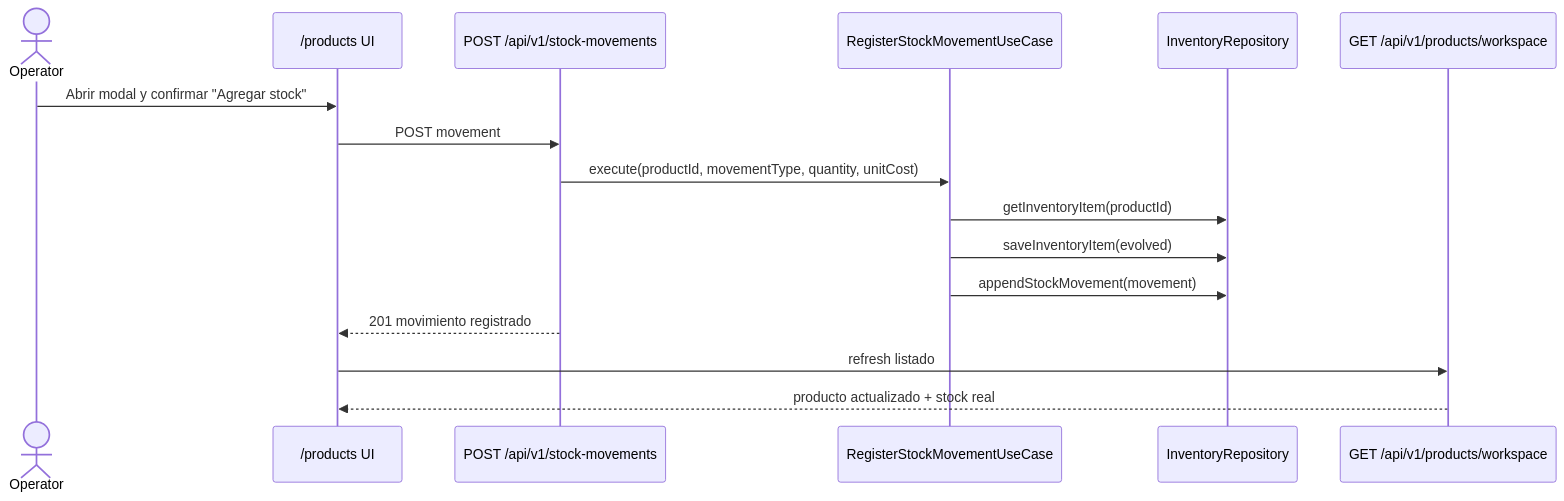
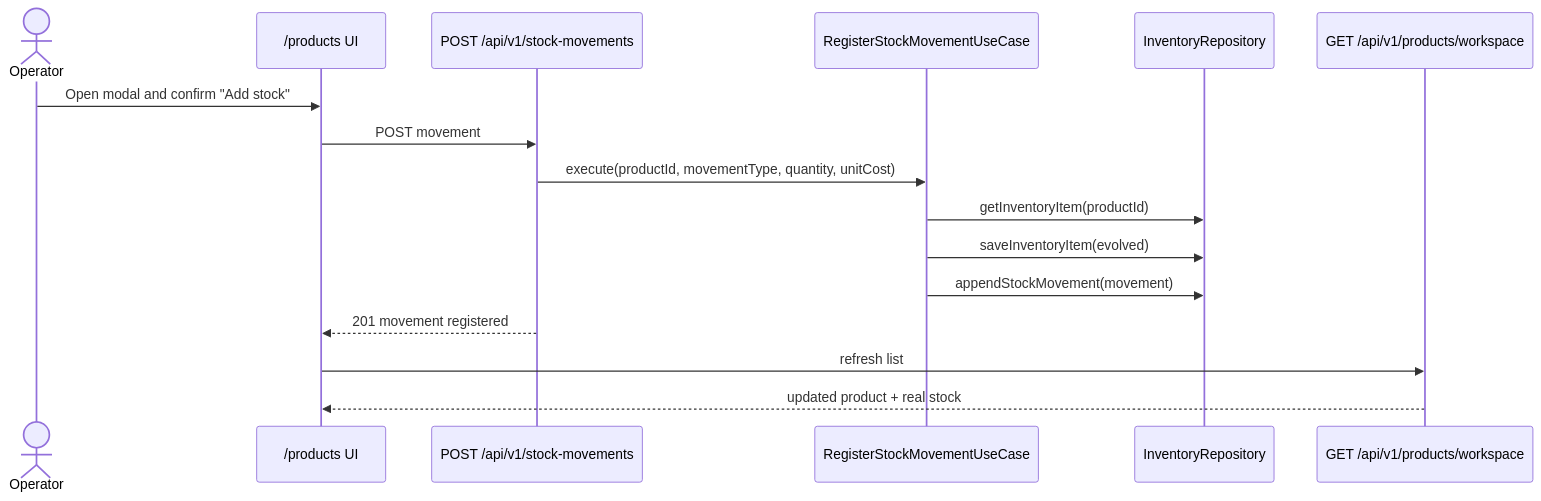
The second of 3 diagrams in workflow-manager/docs/features/PRODUCTS-002-unified-products-inventory-real-integration-plan.md (Machi3mfl/simple-pos), drawn with Mermaid before and after one commit. The commit also changed other lines of this file and 3 other files, not shown here.

````diff
--- a/workflow-manager/docs/features/PRODUCTS-002-unified-products-inventory-real-integration-plan.md
+++ b/workflow-manager/docs/features/PRODUCTS-002-unified-products-inventory-real-integration-plan.md
@@ -178,19 +178,19 @@
 ```mermaid
 sequenceDiagram
     actor Operator
     participant UI as /products UI
     participant API as POST /api/v1/stock-movements
     participant UseCase as RegisterStockMovementUseCase
     participant InventoryRepo as InventoryRepository
     participant ReadAPI as GET /api/v1/products/workspace
 
-    Operator->>UI: Abrir modal y confirmar "Agregar stock"
+    Operator->>UI: Open modal and confirm "Add stock"
     UI->>API: POST movement
     API->>UseCase: execute(productId, movementType, quantity, unitCost)
     UseCase->>InventoryRepo: getInventoryItem(productId)
     UseCase->>InventoryRepo: saveInventoryItem(evolved)
     UseCase->>InventoryRepo: appendStockMovement(movement)
-    API-->>UI: 201 movimiento registrado
-    UI->>ReadAPI: refresh listado
-    ReadAPI-->>UI: producto actualizado + stock real
+    API-->>UI: 201 movement registered
+    UI->>ReadAPI: refresh list
+    ReadAPI-->>UI: updated product + real stock
 ```
````
